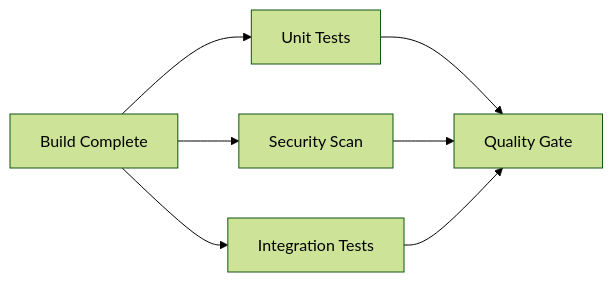
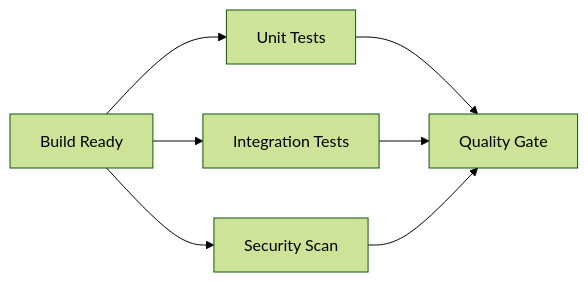
Before and after one commit to AvadhBhalodiya/Interview-Preparation: the fourth of 10 diagrams in src/content/devops/cicd-pipelines.md, drawn with Mermaid (forest theme). The commit also changed other lines of this file and 54 other files, not shown here.

````diff
--- a/src/content/devops/cicd-pipelines.md
+++ b/src/content/devops/cicd-pipelines.md
@@ -319,9 +324,9 @@
 ```mermaid
 flowchart LR
-    A[Build Complete] --> B[Unit Tests]
-    A --> C[Security Scan]
-    A --> D[Integration Tests]
+    A[Build Ready] --> B[Unit Tests]
+    A --> C[Integration Tests]
+    A --> D[Security Scan]
     B --> E[Quality Gate]
     C --> E
     D --> E
 ```
````
